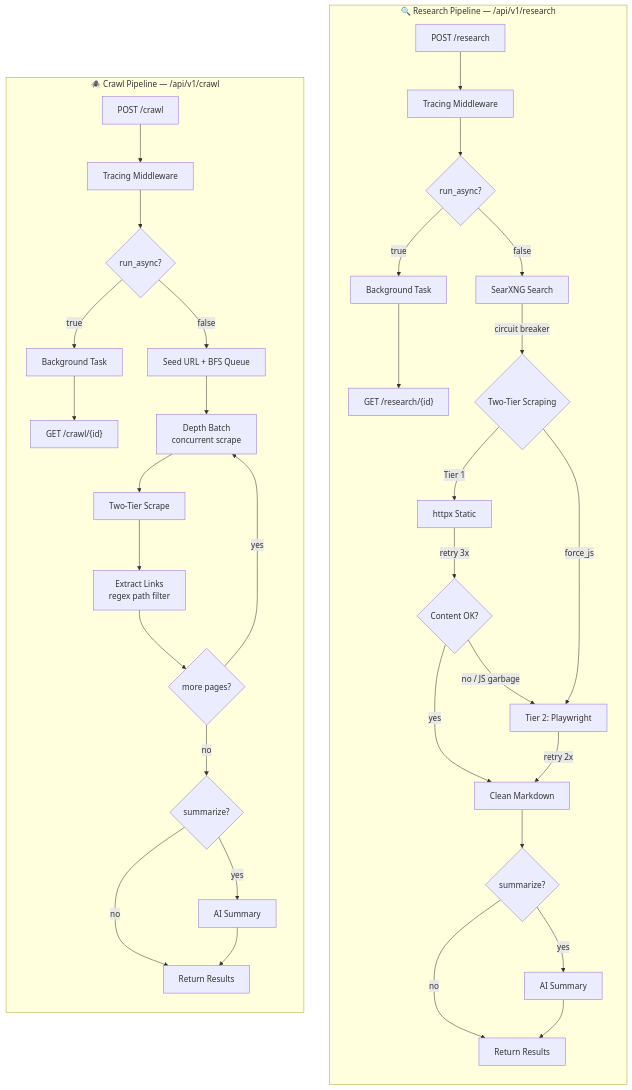
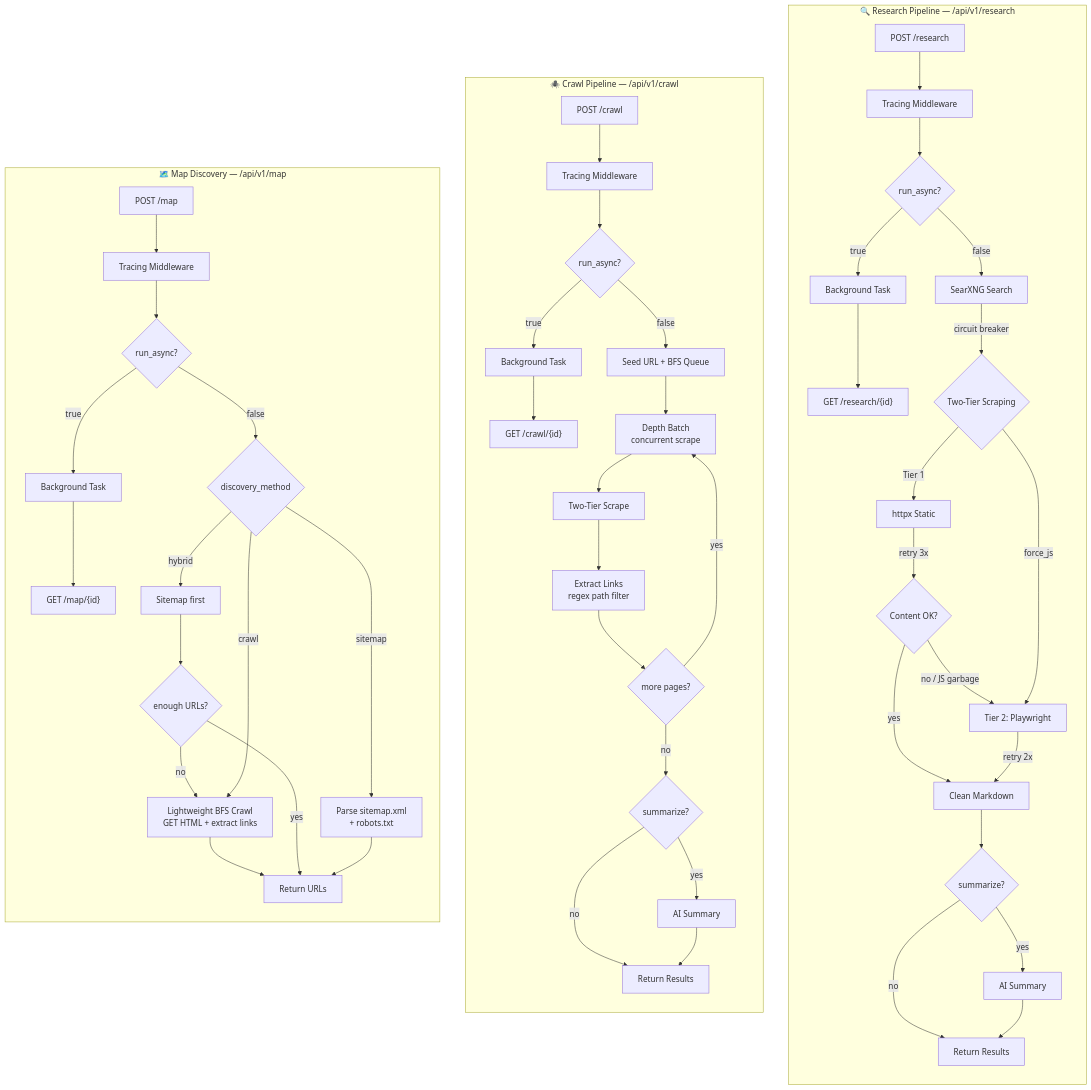
One commit to zeinhasan/CHIPER changed the diagram in README.md. Above: the diagram before and after it, drawn with Mermaid. The commit also changed other lines of this file and 8 other files, not shown here.

First line of the commit message:
feat(map): add site map discovery (FC-2)

````diff
--- a/README.md
+++ b/README.md
@@ -13,40 +13,57 @@
 ```mermaid
 flowchart TD
     subgraph Research["🔍 Research Pipeline — /api/v1/research"]
         direction TB
         R1[POST /research] --> R2[Tracing Middleware]
         R2 --> R3{run_async?}
         R3 -->|true| R4[Background Task]
         R4 --> R4a["GET /research/{id}"]
         R3 -->|false| R5[SearXNG Search]
         R5 -->|circuit breaker| R6{Two-Tier Scraping}
         R6 -->|"Tier 1"| R7[httpx Static]
         R7 -->|retry 3x| R8{Content OK?}
         R8 -->|yes| R9[Clean Markdown]
         R8 -->|"no / JS garbage"| R10["Tier 2: Playwright"]
         R6 -->|force_js| R10
         R10 -->|retry 2x| R9
         R9 --> R11{summarize?}
         R11 -->|yes| R12[AI Summary]
         R11 -->|no| R13[Return Results]
         R12 --> R13
     end
 
     subgraph Crawl["🕷️ Crawl Pipeline — /api/v1/crawl"]
         direction TB
         C1[POST /crawl] --> C2[Tracing Middleware]
         C2 --> C3{run_async?}
         C3 -->|true| C4[Background Task]
         C4 --> C4a["GET /crawl/{id}"]
         C3 -->|false| C5[Seed URL + BFS Queue]
         C5 --> C6["Depth Batch<br/>concurrent scrape"]
         C6 --> C7[Two-Tier Scrape]
         C7 --> C8["Extract Links<br/>regex path filter"]
         C8 --> C9{more pages?}
         C9 -->|yes| C6
         C9 -->|no| C10{summarize?}
         C10 -->|yes| C11[AI Summary]
         C10 -->|no| C12[Return Results]
         C11 --> C12
     end
+
+    subgraph Map["🗺️ Map Discovery — /api/v1/map"]
+        direction TB
+        M1[POST /map] --> M2[Tracing Middleware]
+        M2 --> M3{run_async?}
+        M3 -->|true| M4[Background Task]
+        M4 --> M4a["GET /map/{id}"]
+        M3 -->|false| M5{discovery_method}
+        M5 -->|"sitemap"| M6["Parse sitemap.xml<br/>+ robots.txt"]
+        M5 -->|"hybrid"| M7["Sitemap first"]
+        M7 --> M8{enough URLs?}
+        M8 -->|no| M9["Lightweight BFS Crawl<br/>GET HTML + extract links"]
+        M9 --> M10[Return URLs]
+        M8 -->|yes| M10
+        M6 --> M10
+        M5 -->|"crawl"| M9
+    end
 ```
````
